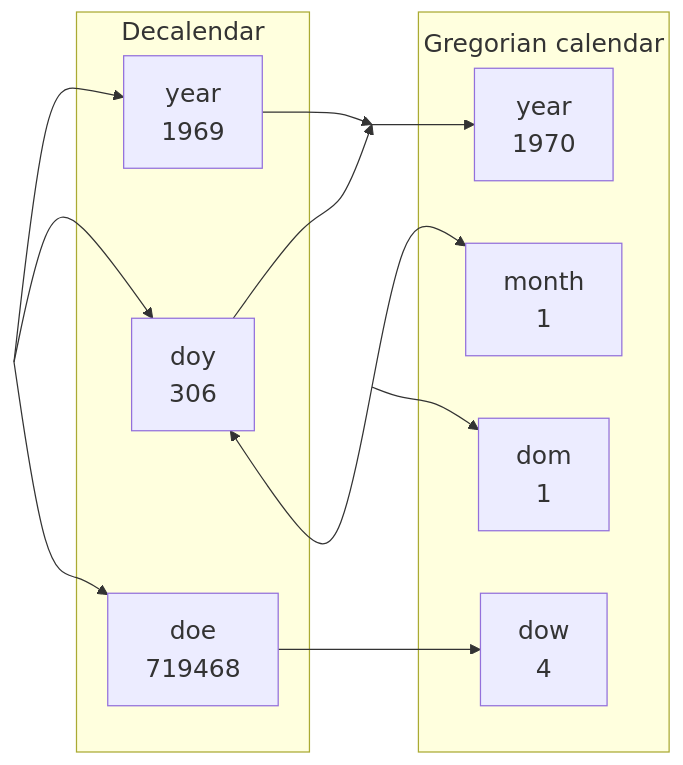
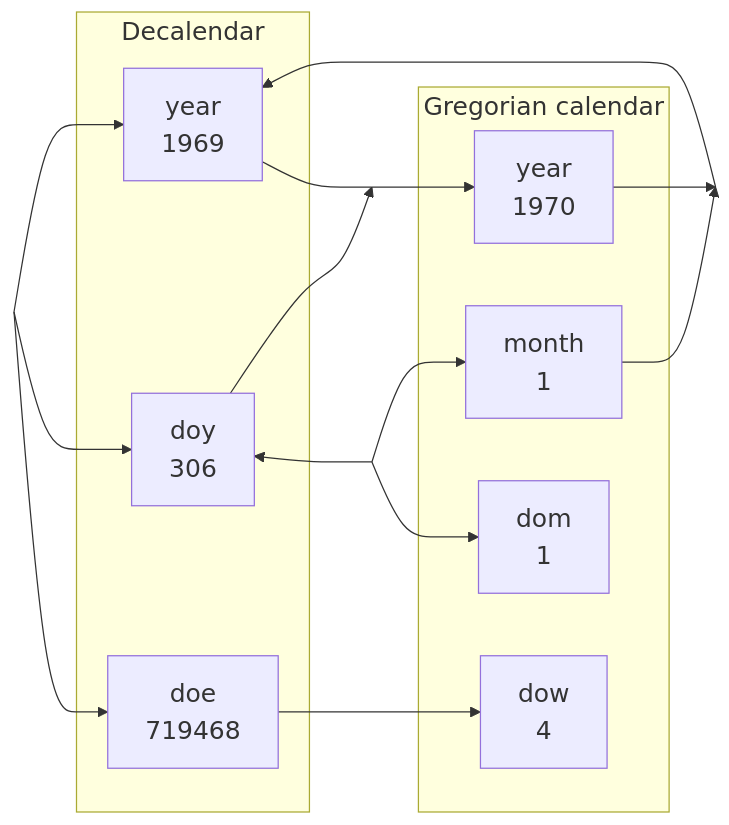
Before and after one commit to maptv/maptv.github.io: the fourth of 5 diagrams in dec/date/index.qmd, drawn with Mermaid. The commit also changed other lines of this file and 8 other files, not shown here.

Commit message:
Changed files: asset/dark.scss asset/lefthand.svg asset/right.svg asset/righthand.svg dec/date/_left.qmd dec/date/_right.qmd dec/date/index.qmd dec/date/index_files/figure-commonmark/mermaid-figure-3.png dec/date/py.ipynb dec/date/temp.r.ipynb

````diff
--- a/dec/date/index.qmd
+++ b/dec/date/index.qmd
@@ -549,36 +562,44 @@
 ```{mermaid}
+%%| label: conversionchart
 %%{init: {'theme': 'default', 'themeVariables': { 'fontSize': '20px'}}}%%
 flowchart LR
-   C[  ]:::empty-->A
-   D[year<br>1969]~~~C-->D
-   E[doy<br>306]~~~C-->E
-   A[doe<br>719468]~~~C
-   D-->K[  ]:::empty
-   E-->K
-   E~~~L[  ]:::empty-->E
+   L~~~Y
+   L-->Y
+   L-->D
+   L-->E
+   R-->Y
+   M-->R[  ]:::empty
+   D-->A
+   D~~~B[  ]:::empty
+   A-->G
+   G-->R
+   Y~~~L[  ]:::empty
+   Y---A[  ]:::empty
+   Y~~~A
+   B-->M
+   B~~~N
+   B-->N
+   B-->D
+   B~~~D
+   N~~~B
+   E-->W
    subgraph decdate[Decalendar]
-   A
-   D
-   E
+   Y[year<br>1969]
+   D[doy<br>306]
+   E[doe<br>719468]
    end
-   K-->F[year<br>1970]
-   G[month<br>1]~~~L-->G
-   H[dom<br>1]~~~L-->H
-   A-->B[dow<br>4]
    subgraph gregdate[Gregorian calendar]
-   B
-   F
-   G
-   H
+   W[dow<br>4]
+   G[year<br>1970]
+   M[month<br>1]
+   N[dom<br>1]
    end
    classDef empty width:0px;
-   style gregdate y:8px,height:592px;
-   style decdate height:592px;
-   click A "#doe"
-   click B "#dow"
-   click D "#yoe"
-   click E "#doy"
-   click F "#yoe"
-   click G "#moy"
-   click H "#dom"
+   click E "#doe"
+   click W "#dow"
+   click Y "#yoe"
+   click D "#doy"
+   click G "#yoe"
+   click M "#moy"
+   click N "#dom"
 ```
````
